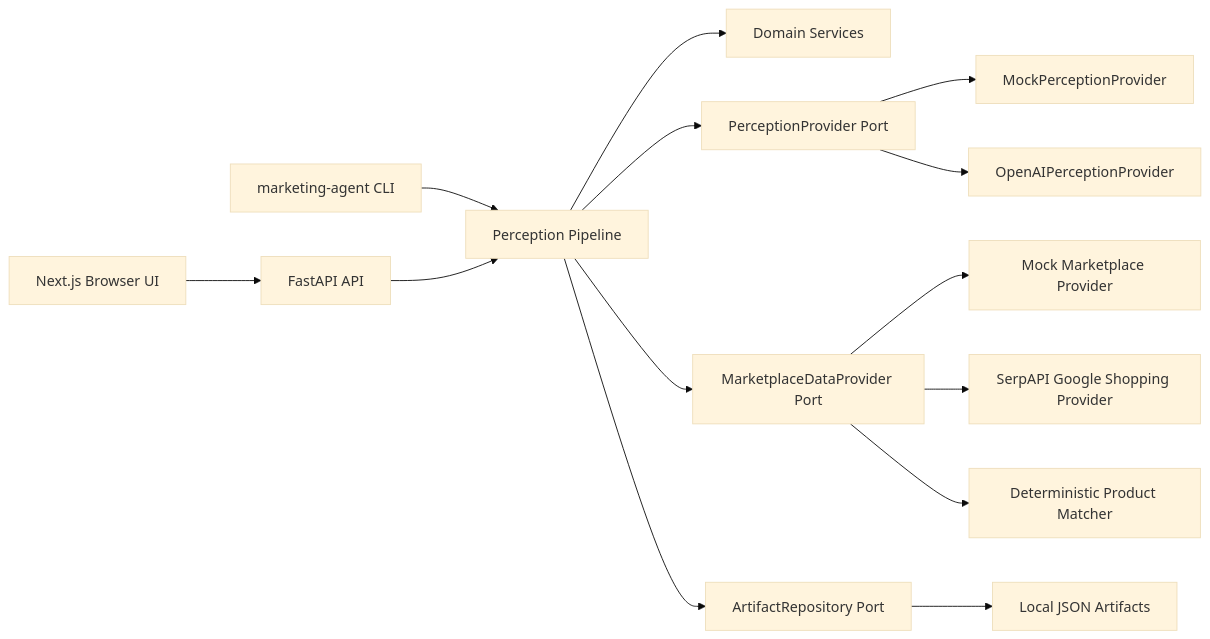
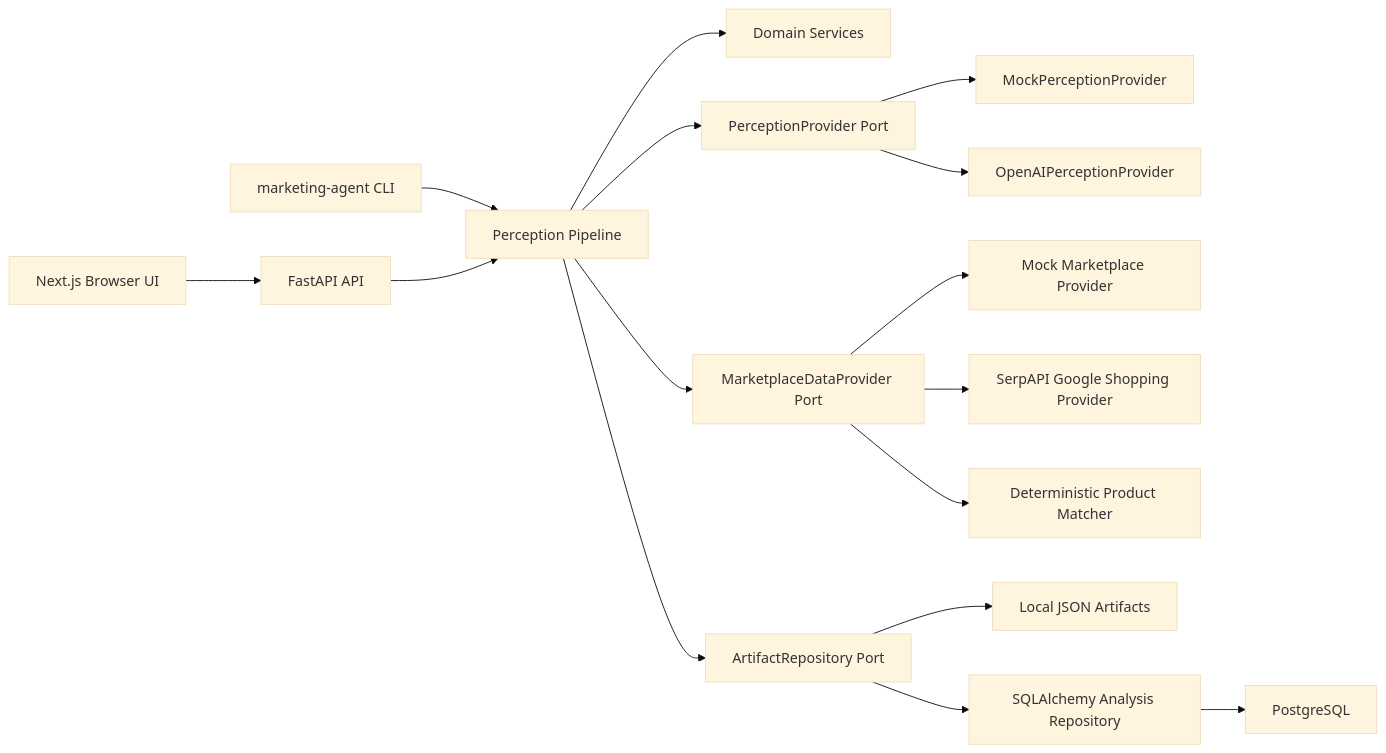
Before and after one commit to ChiefSZ13/digitalmarketingagent: the first of 2 diagrams in docs/architecture.md, drawn with Mermaid (base theme). The commit also changed other lines of this file and 42 other files, not shown here.

````diff
--- a/docs/architecture.md
+++ b/docs/architecture.md
@@ -5,16 +5,18 @@
 ```mermaid
 flowchart LR
   Browser["Next.js Browser UI"] --> API["FastAPI API"]
   CLI["marketing-agent CLI"] --> Pipeline["Perception Pipeline"]
   API --> Pipeline
   Pipeline --> Domain["Domain Services"]
   Pipeline --> ProviderPort["PerceptionProvider Port"]
   ProviderPort --> Mock["MockPerceptionProvider"]
   ProviderPort --> OpenAI["OpenAIPerceptionProvider"]
   Pipeline --> MarketPort["MarketplaceDataProvider Port"]
   MarketPort --> MockMarket["Mock Marketplace Provider"]
   MarketPort --> SerpApi["SerpAPI Google Shopping Provider"]
   MarketPort --> Matcher["Deterministic Product Matcher"]
   Pipeline --> RepoPort["ArtifactRepository Port"]
   RepoPort --> LocalJson["Local JSON Artifacts"]
+  RepoPort --> PostgresRepo["SQLAlchemy Analysis Repository"]
+  PostgresRepo --> Postgres["PostgreSQL"]
 ```
````
